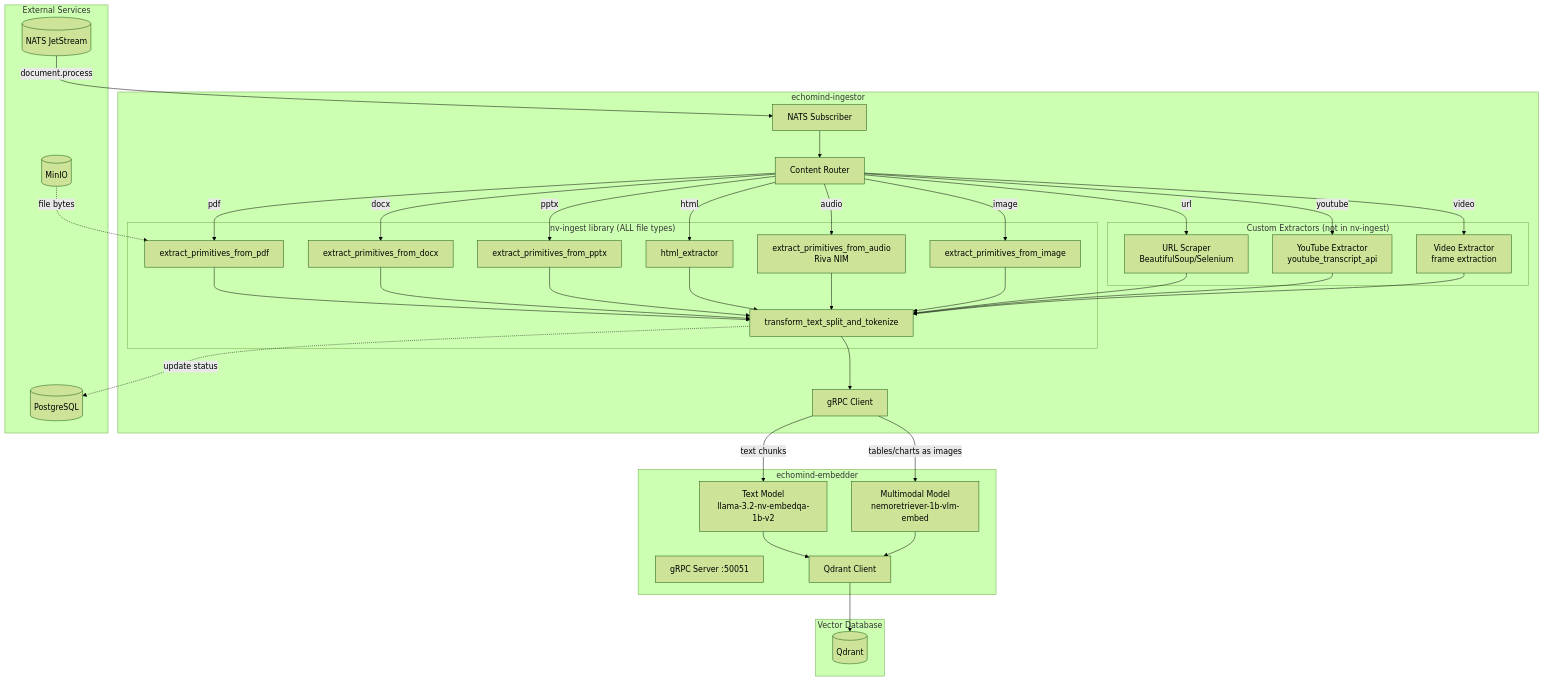
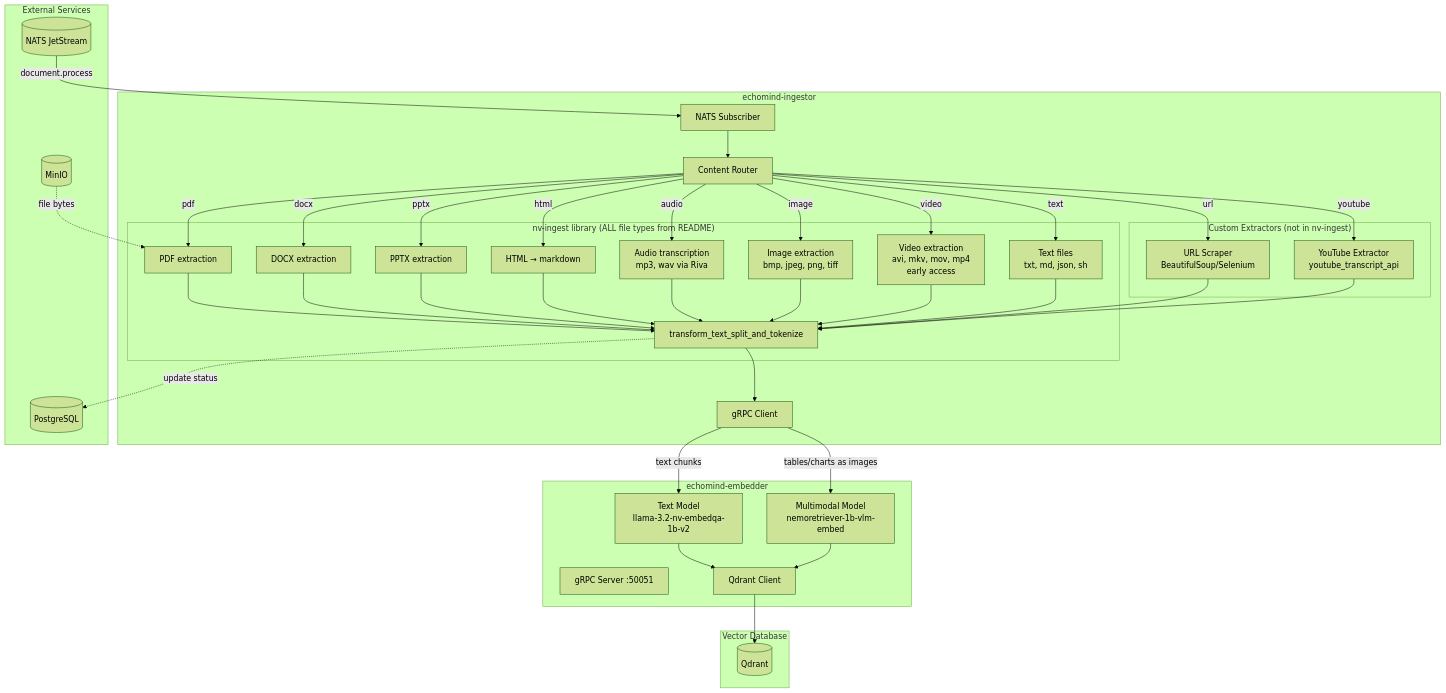
The first of 7 diagrams in docs/services/ingestor-service.md (gen-mind/echo-mind), drawn with Mermaid (forest theme) before and after one commit. The commit also changed other lines of this file, not shown here.

````diff
--- a/docs/services/ingestor-service.md
+++ b/docs/services/ingestor-service.md
@@ -68,66 +68,68 @@
 ```mermaid
 flowchart TB
     subgraph IngestorService["echomind-ingestor"]
         NATS_SUB[NATS Subscriber]
         ROUTER[Content Router]
 
-        subgraph NVIngestLib["nv-ingest library (ALL file types)"]
-            PDF_EXT[extract_primitives_from_pdf]
-            DOCX_EXT[extract_primitives_from_docx]
-            PPTX_EXT[extract_primitives_from_pptx]
-            HTML_EXT[html_extractor]
-            AUDIO_EXT[extract_primitives_from_audio<br/>Riva NIM]
-            IMAGE_EXT[extract_primitives_from_image]
+        subgraph NVIngestLib["nv-ingest library (ALL file types from README)"]
+            PDF_EXT[PDF extraction]
+            DOCX_EXT[DOCX extraction]
+            PPTX_EXT[PPTX extraction]
+            HTML_EXT[HTML → markdown]
+            AUDIO_EXT[Audio transcription<br/>mp3, wav via Riva]
+            IMAGE_EXT[Image extraction<br/>bmp, jpeg, png, tiff]
+            VIDEO_EXT[Video extraction<br/>avi, mkv, mov, mp4<br/>early access]
+            TEXT_EXT[Text files<br/>txt, md, json, sh]
             CHUNKER[transform_text_split_and_tokenize]
         end
 
         subgraph CustomExt["Custom Extractors (not in nv-ingest)"]
             URL_EXT[URL Scraper<br/>BeautifulSoup/Selenium]
             YT_EXT[YouTube Extractor<br/>youtube_transcript_api]
-            VIDEO_EXT[Video Extractor<br/>frame extraction]
         end
 
         GRPC_CLIENT[gRPC Client]
     end
 
     subgraph ExternalServices["External Services"]
         NATS[(NATS JetStream)]
         MINIO[(MinIO)]
         DB[(PostgreSQL)]
     end
 
     subgraph EmbedderService["echomind-embedder"]
         GRPC_SERVER[gRPC Server :50051]
         TEXT_MODEL[Text Model<br/>llama-3.2-nv-embedqa-1b-v2]
         VLM_MODEL[Multimodal Model<br/>nemoretriever-1b-vlm-embed]
         QDRANT_CLIENT[Qdrant Client]
     end
 
     subgraph VectorDB["Vector Database"]
         QDRANT[(Qdrant)]
     end
 
     NATS -->|document.process| NATS_SUB
     NATS_SUB --> ROUTER
     ROUTER -->|pdf| PDF_EXT
     ROUTER -->|docx| DOCX_EXT
     ROUTER -->|pptx| PPTX_EXT
     ROUTER -->|html| HTML_EXT
     ROUTER -->|audio| AUDIO_EXT
     ROUTER -->|image| IMAGE_EXT
+    ROUTER -->|video| VIDEO_EXT
+    ROUTER -->|text| TEXT_EXT
     ROUTER -->|url| URL_EXT
     ROUTER -->|youtube| YT_EXT
-    ROUTER -->|video| VIDEO_EXT
 
-    PDF_EXT & DOCX_EXT & PPTX_EXT & HTML_EXT & AUDIO_EXT & IMAGE_EXT --> CHUNKER
-    URL_EXT & YT_EXT & VIDEO_EXT --> CHUNKER
+    PDF_EXT & DOCX_EXT & PPTX_EXT & HTML_EXT & AUDIO_EXT & IMAGE_EXT & VIDEO_EXT & TEXT_EXT --> CHUNKER
+    URL_EXT & YT_EXT --> CHUNKER
     CHUNKER --> GRPC_CLIENT
 
     GRPC_CLIENT -->|text chunks| TEXT_MODEL
     GRPC_CLIENT -->|tables/charts as images| VLM_MODEL
     TEXT_MODEL & VLM_MODEL --> QDRANT_CLIENT
     QDRANT_CLIENT --> QDRANT
 
     MINIO -.->|file bytes| PDF_EXT
     CHUNKER -.->|update status| DB
 ```
````
